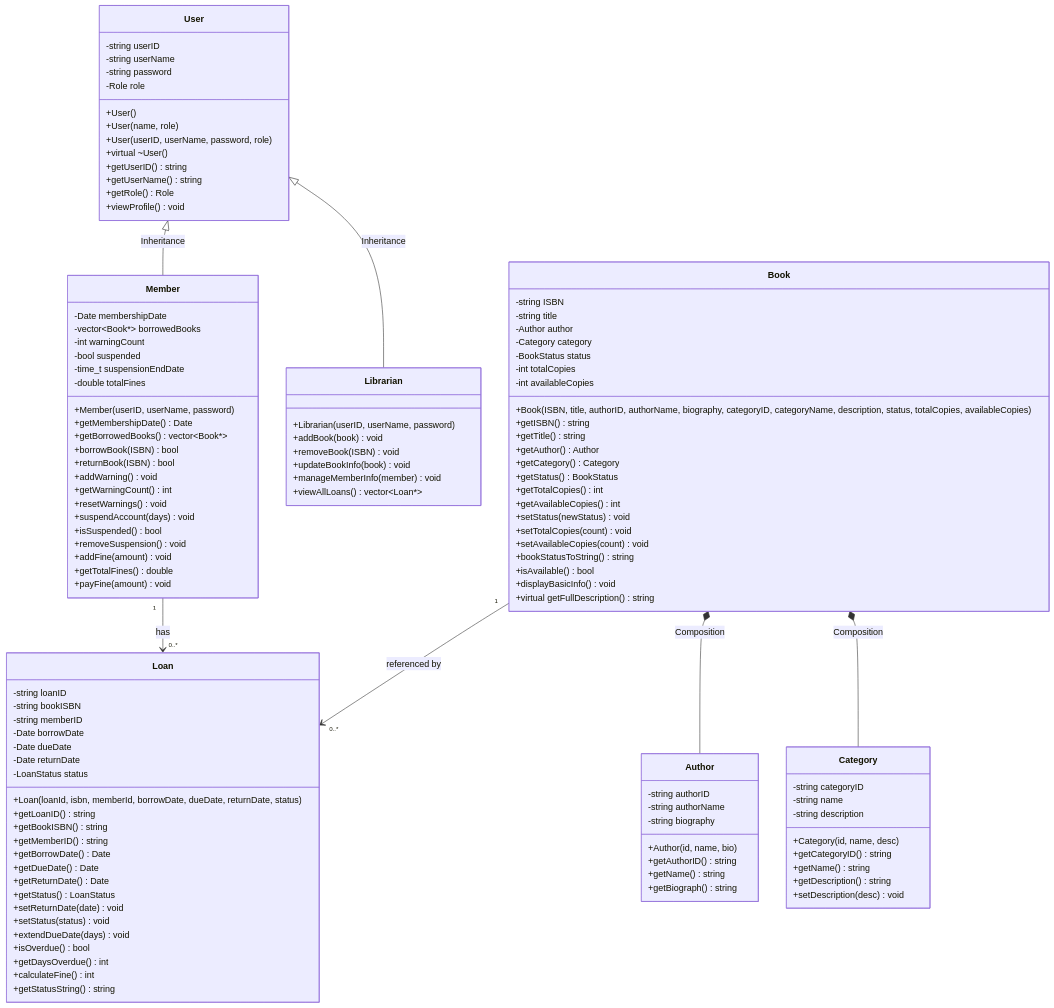
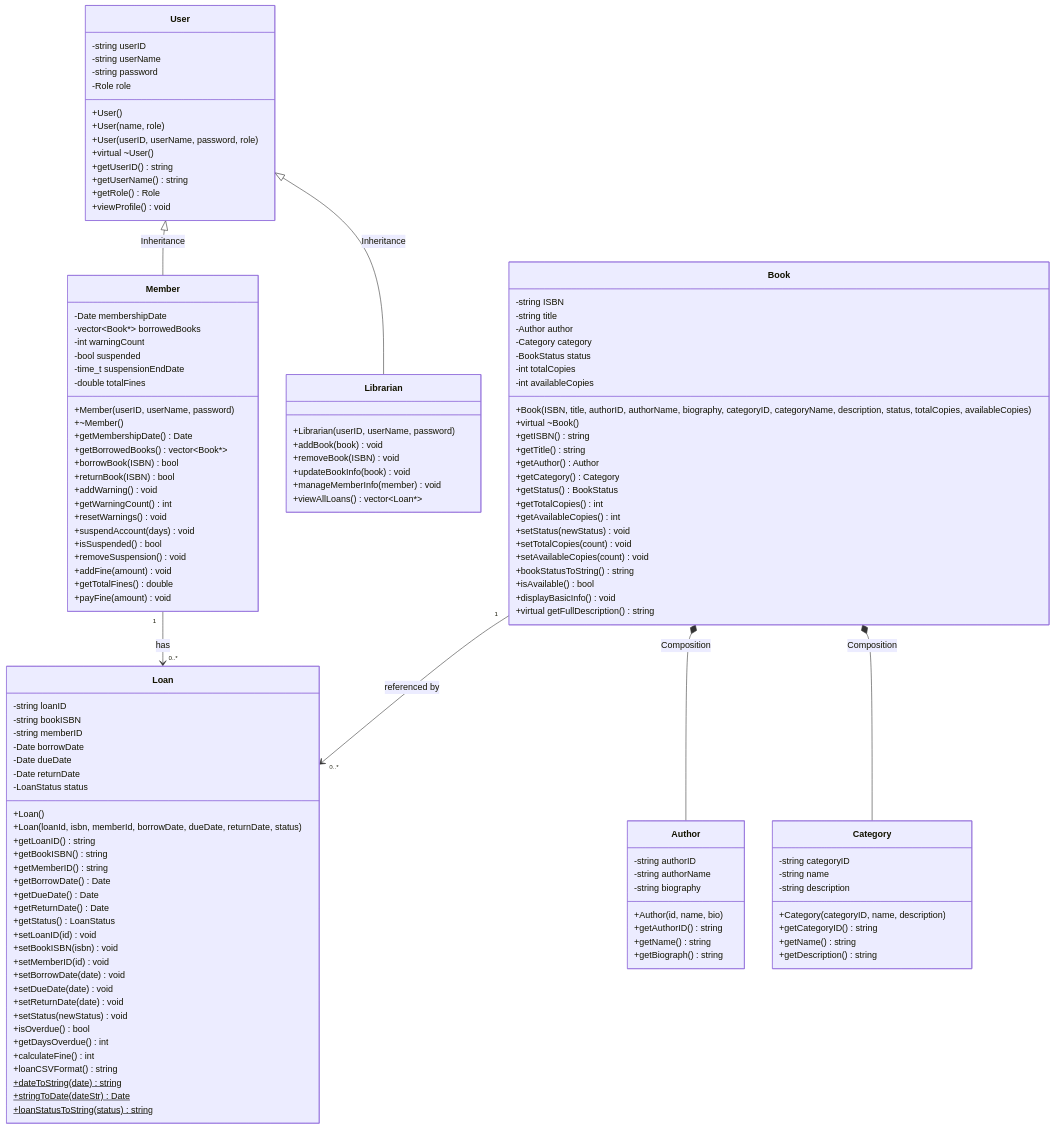
One commit to DankDaPancake/LibraryManagementSystem changed the first of 29 diagrams in docs/report.md. Above: the diagram before and after it, drawn with Mermaid. The commit also changed other lines of this file and 49 other files, not shown here.

```diff
--- a/docs/report.md
+++ b/docs/report.md
@@ -241,6 +241,7 @@
         -time_t suspensionEndDate
         -double totalFines
         +Member(userID, userName, password)
+        +~Member()
         +getMembershipDate() Date
         +getBorrowedBooks() vector~Book*~
         +borrowBook(ISBN) bool
@@ -274,6 +275,7 @@
         -int totalCopies
         -int availableCopies
         +Book(ISBN, title, authorID, authorName, biography, categoryID, categoryName, description, status, totalCopies, availableCopies)
+        +virtual ~Book()
         +getISBN() string
         +getTitle() string
         +getAuthor() Author
@@ -304,11 +306,10 @@
         -string categoryID
         -string name
         -string description
-        +Category(id, name, desc)
+        +Category(categoryID, name, description)
         +getCategoryID() string
         +getName() string
         +getDescription() string
-        +setDescription(desc) void
     }
 
     class Loan {
@@ -319,6 +320,7 @@
         -Date dueDate
         -Date returnDate
         -LoanStatus status
+        +Loan()
         +Loan(loanId, isbn, memberId, borrowDate, dueDate, returnDate, status)
         +getLoanID() string
         +getBookISBN() string
@@ -327,13 +329,20 @@
         +getDueDate() Date
         +getReturnDate() Date
         +getStatus() LoanStatus
+        +setLoanID(id) void
+        +setBookISBN(isbn) void
+        +setMemberID(id) void
+        +setBorrowDate(date) void
+        +setDueDate(date) void
         +setReturnDate(date) void
-        +setStatus(status) void
-        +extendDueDate(days) void
+        +setStatus(newStatus) void
         +isOverdue() bool
         +getDaysOverdue() int
         +calculateFine() int
-        +getStatusString() string
+        +loanCSVFormat() string
+        +dateToString(date) string$
+        +stringToDate(dateStr) Date$
+        +loanStatusToString(status) string$
     }
 
     User <|-- Member : Inheritance
```
